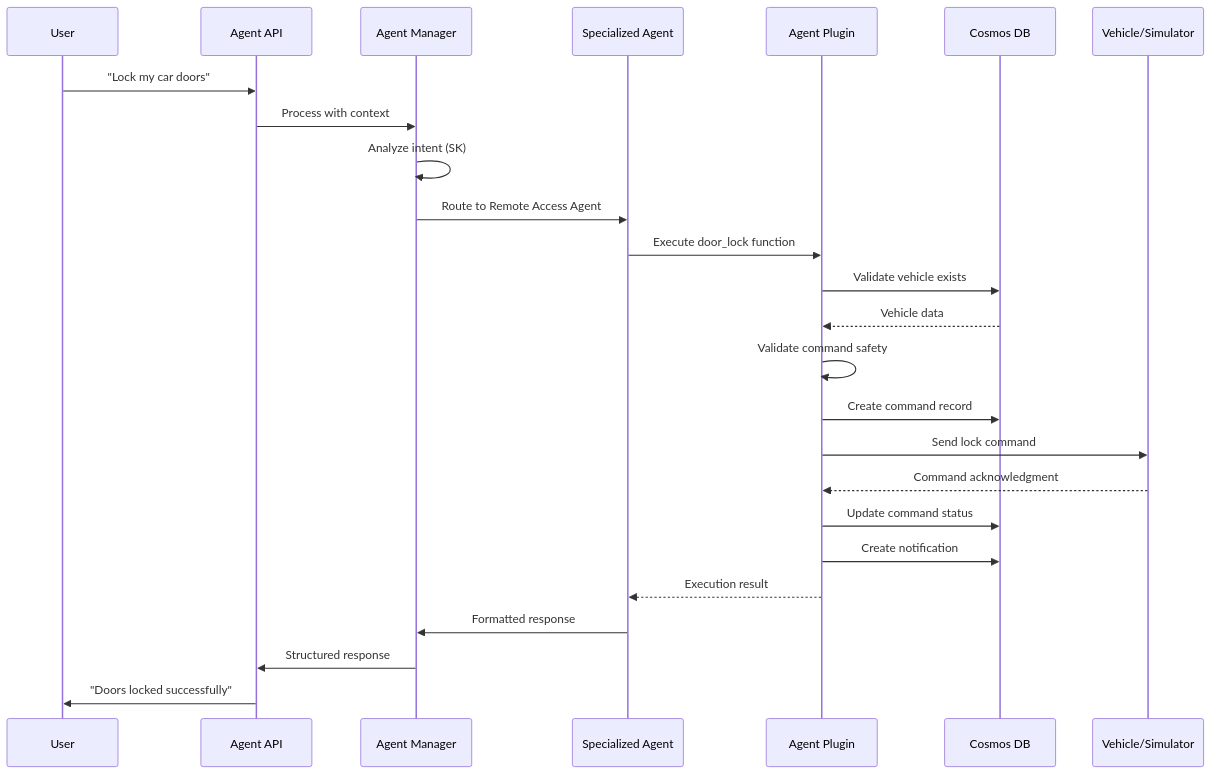
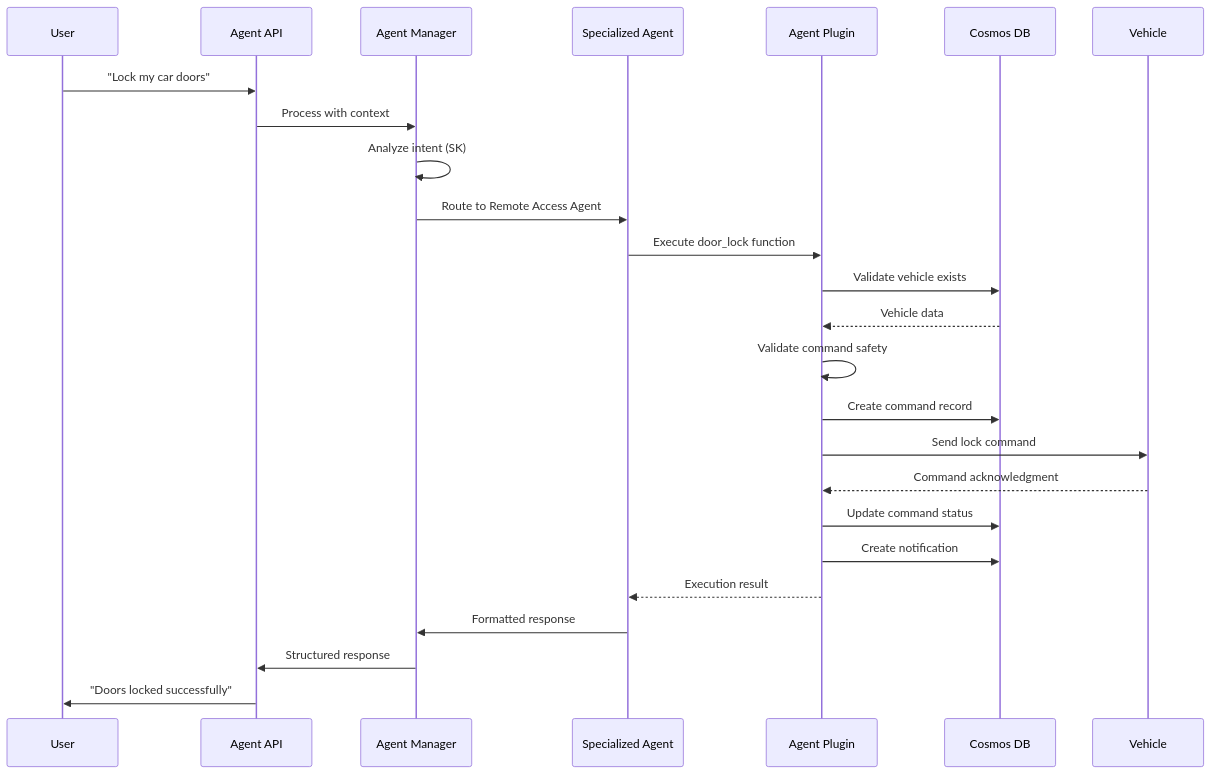
The second of 2 diagrams in PROJECT.md (kimtth/agentic-connected-vehicle-platform), drawn with Mermaid before and after one commit. The commit also changed other lines of this file and 1 other file, not shown here.

````diff
--- a/PROJECT.md
+++ b/PROJECT.md
@@ -143,30 +145,30 @@
 ```mermaid
 sequenceDiagram
     participant User
     participant AgentAPI as Agent API
     participant Manager as Agent Manager
     participant Agent as Specialized Agent
     participant Plugin as Agent Plugin
     participant Cosmos as Cosmos DB
-    participant Vehicle as Vehicle/Simulator
-    
+    participant Vehicle as Vehicle
+
     User->>AgentAPI: "Lock my car doors"
     AgentAPI->>Manager: Process with context
     Manager->>Manager: Analyze intent (SK)
     Manager->>Agent: Route to Remote Access Agent
     Agent->>Plugin: Execute door_lock function
-    
+
     Plugin->>Cosmos: Validate vehicle exists
     Cosmos-->>Plugin: Vehicle data
     Plugin->>Plugin: Validate command safety
     Plugin->>Cosmos: Create command record
     Plugin->>Vehicle: Send lock command
     Vehicle-->>Plugin: Command acknowledgment
     Plugin->>Cosmos: Update command status
     Plugin->>Cosmos: Create notification
-    
+
     Plugin-->>Agent: Execution result
     Agent->>Manager: Formatted response
     Manager->>AgentAPI: Structured response
     AgentAPI->>User: "Doors locked successfully"
 ```
````
